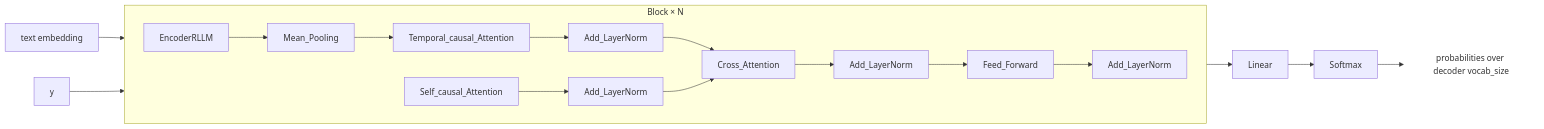
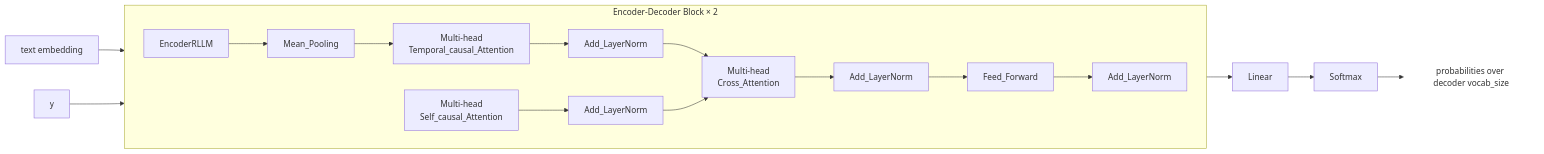
The diagram in Transformer Based Regression/README.md (abdelkhaleqeljarjini/Projects), drawn with Mermaid before and after one commit. The commit also changed other lines of this file, not shown here.

````diff
--- a/Transformer Based Regression/README.md
+++ b/Transformer Based Regression/README.md
@@ -59,31 +22,34 @@
 ```mermaid
 flowchart LR
 
   %% Inputs
   T[text embedding] --> E0[EncoderRLLM]
-  Y[y] --> SA[Self_causal_Attention]
+  Y[y] --> SA[Multi-head 
+  Self_causal_Attention]
 
   %% Repeated block
-  subgraph B["Block × N"]
+  subgraph B["Encoder-Decoder Block × 2"]
     direction LR
 
     E0 --> P[Mean_Pooling]
-    P --> TA[Temporal_causal_Attention]
+    P --> TA[Multi-head
+Temporal_causal_Attention]
     TA --> LN1[Add_LayerNorm]
 
     SA --> LN2[Add_LayerNorm]
 
-    LN1 --> CA[Cross_Attention]
+    LN1 --> CA[Multi-head
+Cross_Attention]
     LN2 --> CA
     CA --> LN3[Add_LayerNorm]
 
     LN3 --> FFN[Feed_Forward]
     FFN --> LN4[Add_LayerNorm]
   end
 
   %% Outputs
   LN4 --> O1[Linear]
   O1 --> O2[Softmax]
   O2 --> O3["probabilities over decoder vocab_size"]:::text
   classDef text fill:none,stroke:none,color:#333;
 ```
````
